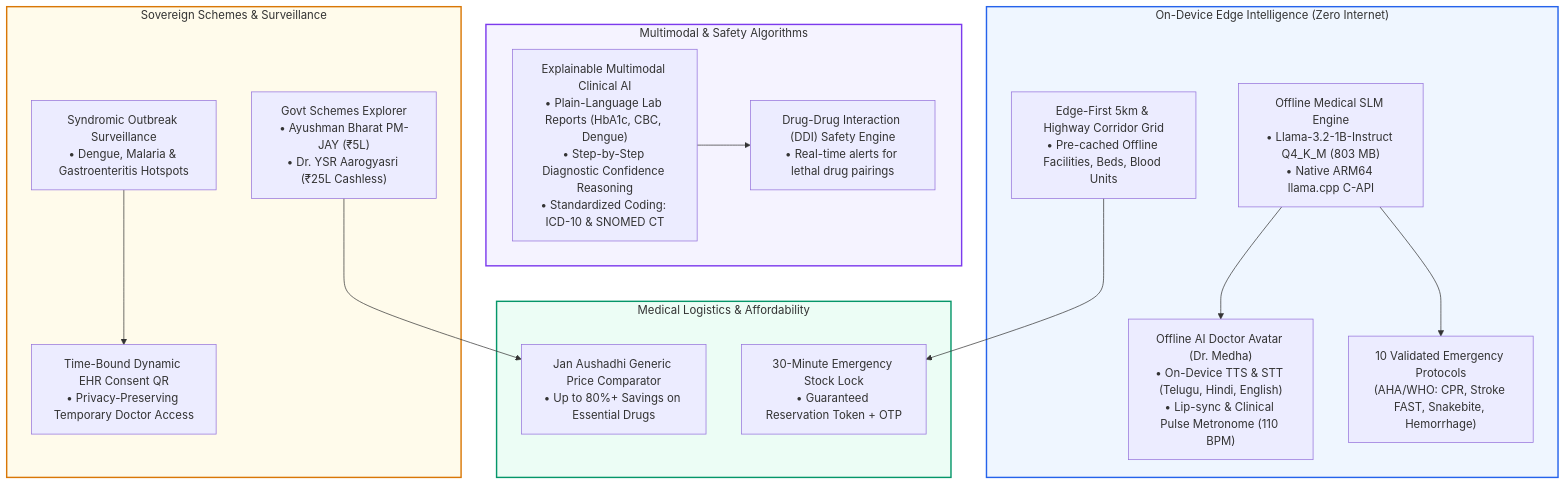
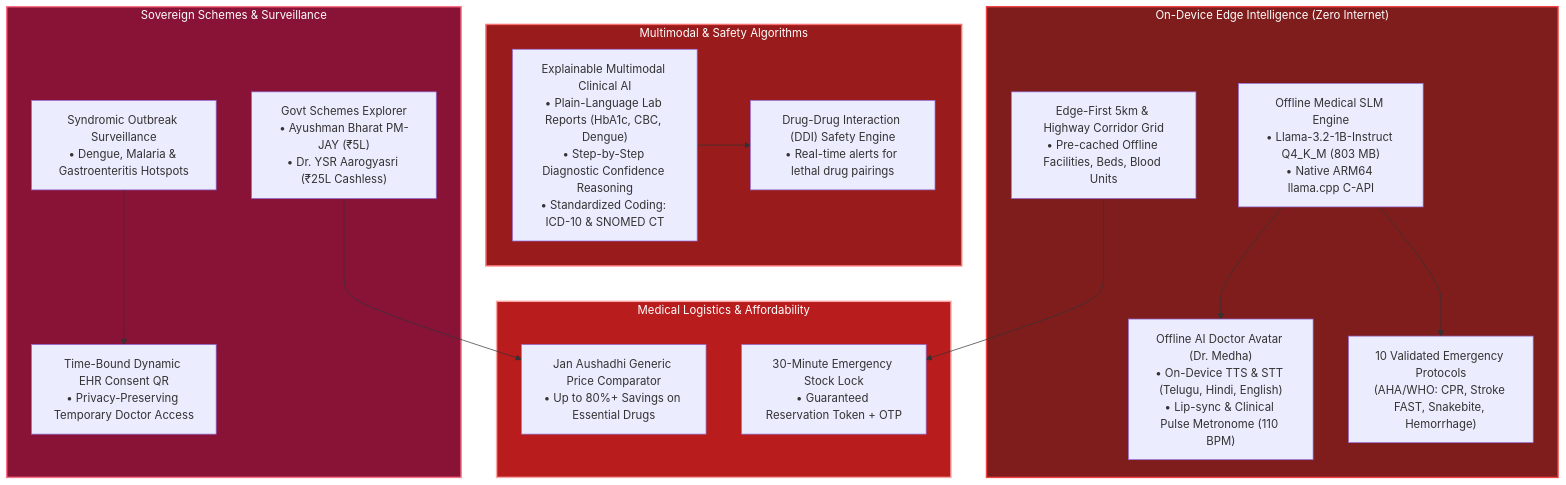
One commit to pavanstarkin-tech/sanjeevani-ai changed diagram 17 of 17 in README.md. Above: the diagram before and after it, drawn with Mermaid. The commit also changed other lines of this file and 3 other files, not shown here.

Commit message:
fix(docs): resolve Mermaid parse errors and use high-contrast red boxes with white text

````diff
--- a/README.md
+++ b/README.md
@@ -1015,37 +1019,37 @@
 ```mermaid
 flowchart TD
     subgraph EdgeDevice["On-Device Edge Intelligence (Zero Internet)"]
         SLM["Offline Medical SLM Engine<br/>• Llama-3.2-1B-Instruct Q4_K_M (803 MB)<br/>• Native ARM64 llama.cpp C-API"]
         Avatar["Offline AI Doctor Avatar (Dr. Medha)<br/>• On-Device TTS & STT (Telugu, Hindi, English)<br/>• Lip-sync & Clinical Pulse Metronome (110 BPM)"]
         Protocols["10 Validated Emergency Protocols<br/>(AHA/WHO: CPR, Stroke FAST, Snakebite, Hemorrhage)"]
         CacheGrid["Edge-First 5km & Highway Corridor Grid<br/>• Pre-cached Offline Facilities, Beds, Blood Units"]
     end
 
     subgraph ClinicalIntelligence["Multimodal & Safety Algorithms"]
         Explainable["Explainable Multimodal Clinical AI<br/>• Plain-Language Lab Reports (HbA1c, CBC, Dengue)<br/>• Step-by-Step Diagnostic Confidence Reasoning<br/>• Standardized Coding: ICD-10 & SNOMED CT"]
         DDI["Drug-Drug Interaction (DDI) Safety Engine<br/>• Real-time alerts for lethal drug pairings"]
     end
 
     subgraph LogisticsAndAffordability["Medical Logistics & Affordability"]
         Generic["Jan Aushadhi Generic Price Comparator<br/>• Up to 80%+ Savings on Essential Drugs"]
         Hold["30-Minute Emergency Stock Lock<br/>• Guaranteed Reservation Token + OTP"]
     end
 
     subgraph PublicHealthAndSchemes["Sovereign Schemes & Surveillance"]
         Schemes["Govt Schemes Explorer<br/>• Ayushman Bharat PM-JAY (₹5L)<br/>• Dr. YSR Aarogyasri (₹25L Cashless)"]
         Surveillance["Syndromic Outbreak Surveillance<br/>• Dengue, Malaria & Gastroenteritis Hotspots"]
         Privacy["Time-Bound Dynamic EHR Consent QR<br/>• Privacy-Preserving Temporary Doctor Access"]
     end
 
     SLM --> Avatar
     SLM --> Protocols
     CacheGrid --> Hold
     Explainable --> DDI
     Schemes --> Generic
     Surveillance --> Privacy
 
-    style EdgeDevice fill:#EFF6FF,stroke:#2563EB,stroke-width:2px
-    style ClinicalIntelligence fill:#F5F3FF,stroke:#7C3AED,stroke-width:2px
-    style LogisticsAndAffordability fill:#ECFDF5,stroke:#059669,stroke-width:2px
-    style PublicHealthAndSchemes fill:#FFFBEB,stroke:#D97706,stroke-width:2px
+    style EdgeDevice fill:#7F1D1D,color:#FFFFFF,stroke:#EF4444,stroke-width:2px
+    style ClinicalIntelligence fill:#991B1B,color:#FFFFFF,stroke:#F87171,stroke-width:2px
+    style LogisticsAndAffordability fill:#B91C1C,color:#FFFFFF,stroke:#FCA5A5,stroke-width:2px
+    style PublicHealthAndSchemes fill:#881337,color:#FFFFFF,stroke:#FB7185,stroke-width:2px
 ```
````
